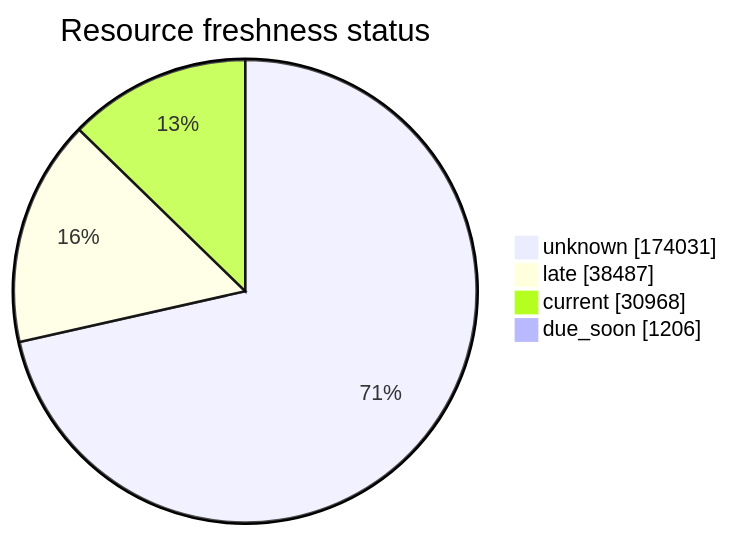
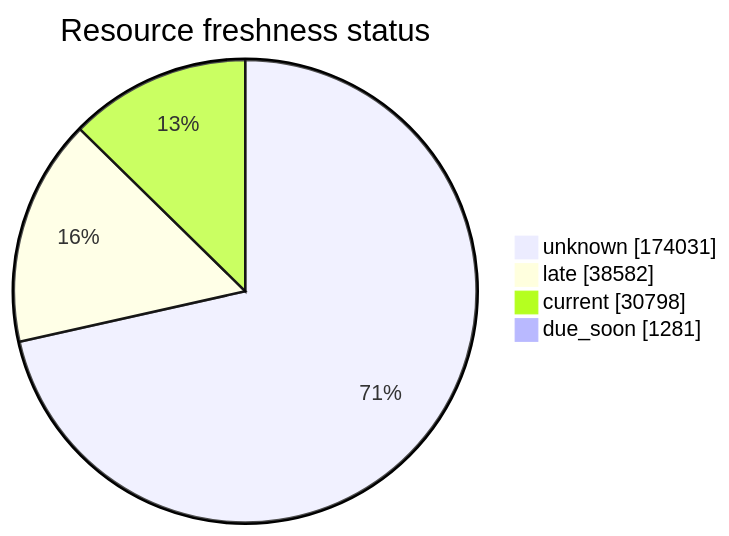
Before and after one commit to open-data/analytics-corporate-reporting: the third of 5 diagrams in FreshCheck/README.md, drawn with Mermaid. The commit also changed other lines of this file and 3 other files, not shown here.

````diff
--- a/FreshCheck/README.md
+++ b/FreshCheck/README.md
@@ -77,7 +77,7 @@
 ```mermaid
 pie showData title Resource freshness status
     "unknown": 174031
-    "late": 38487
-    "current": 30968
-    "due_soon": 1206
+    "late": 38582
+    "current": 30798
+    "due_soon": 1281
 ```
````
